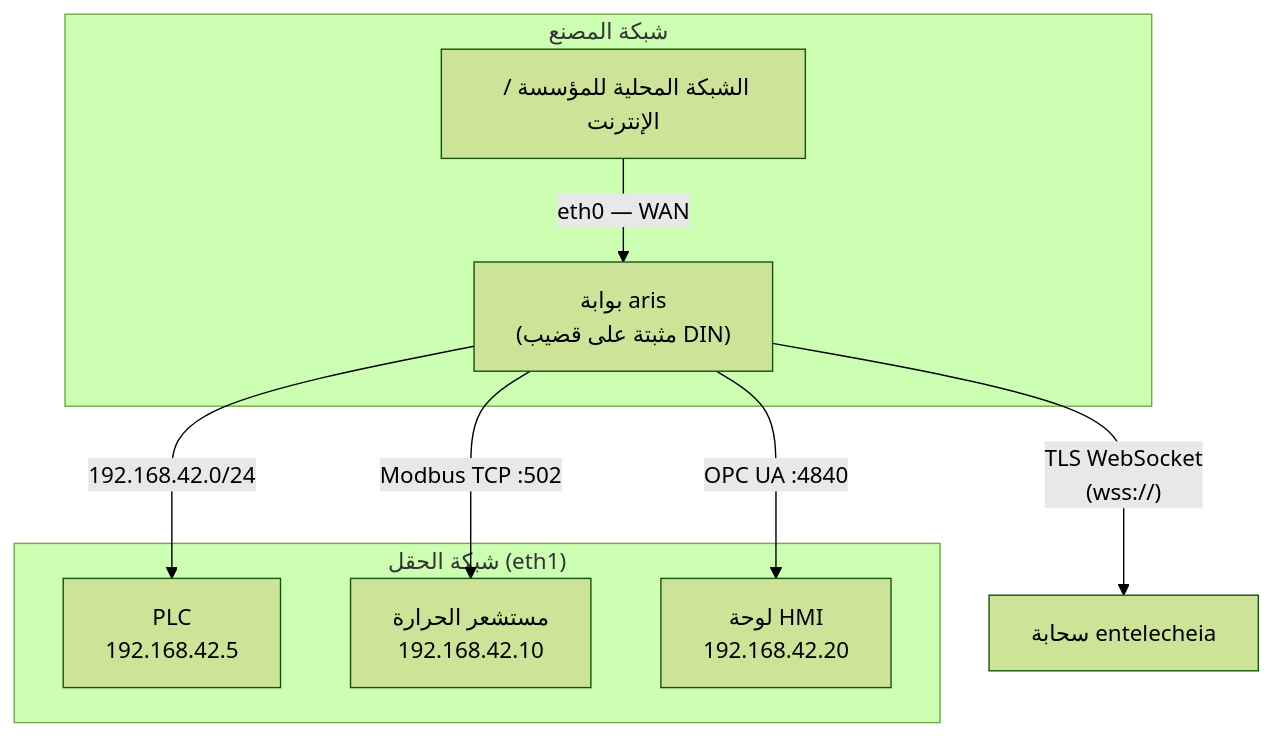
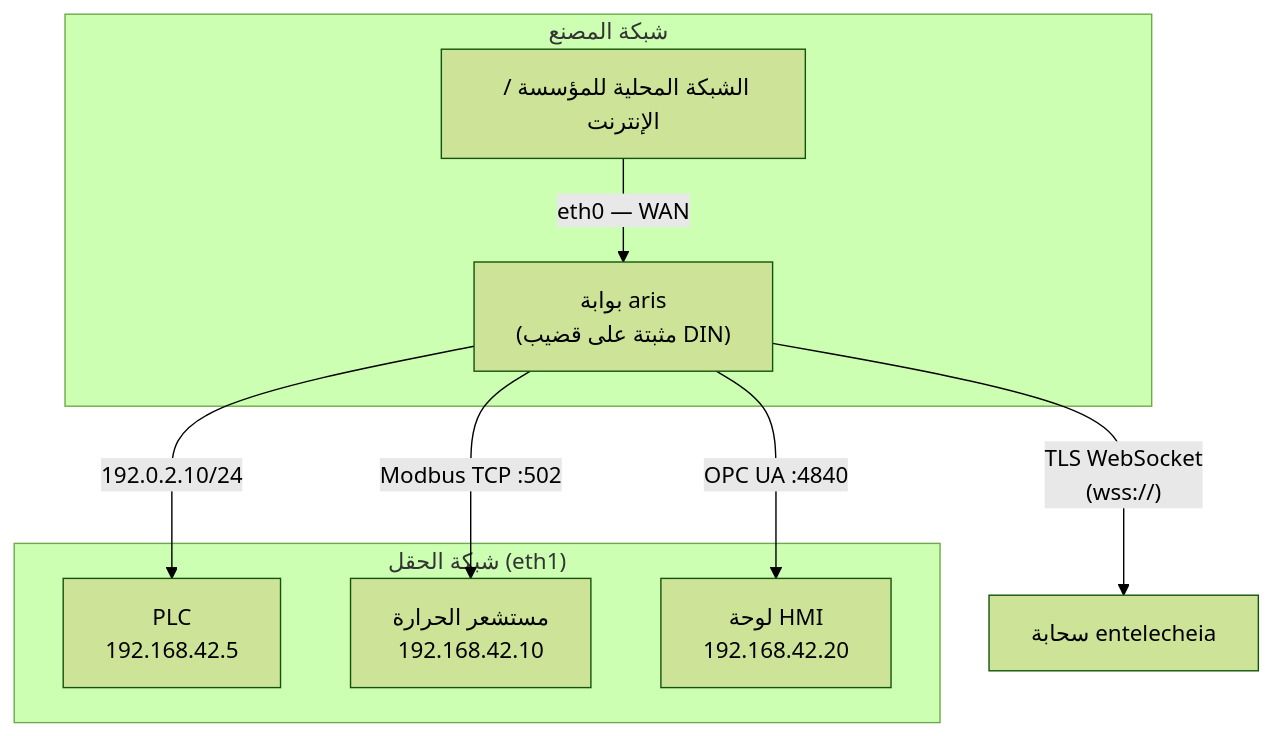
Before and after one commit to celestia-island/aris: the third of 4 diagrams in docs/ar/guides/deployment.md, drawn with Mermaid (forest theme). The commit also changed other lines of this file and 18 other files, not shown here.

````diff
--- a/docs/ar/guides/deployment.md
+++ b/docs/ar/guides/deployment.md
@@ -79,14 +79,14 @@
 ```mermaid
 flowchart TB
     subgraph Plant["شبكة المصنع"]
         CORP["الشبكة المحلية للمؤسسة / الإنترنت"]
         GW["بوابة aris\n(مثبتة على قضيب DIN)"]
         CORP -->|eth0 — WAN| GW
     end
     subgraph Field["شبكة الحقل (eth1)"]
-        GW -->|192.168.42.0/24| PLC["PLC\n192.168.42.5"]
+        GW -->|192.0.2.10/24| PLC["PLC\n192.168.42.5"]
         GW -->|Modbus TCP :502| SENS["مستشعر الحرارة\n192.168.42.10"]
         GW -->|OPC UA :4840| HMI["لوحة HMI\n192.168.42.20"]
     end
     GW -->|"TLS WebSocket\n(wss://)"| ENT["سحابة entelecheia"]
 ```
````
